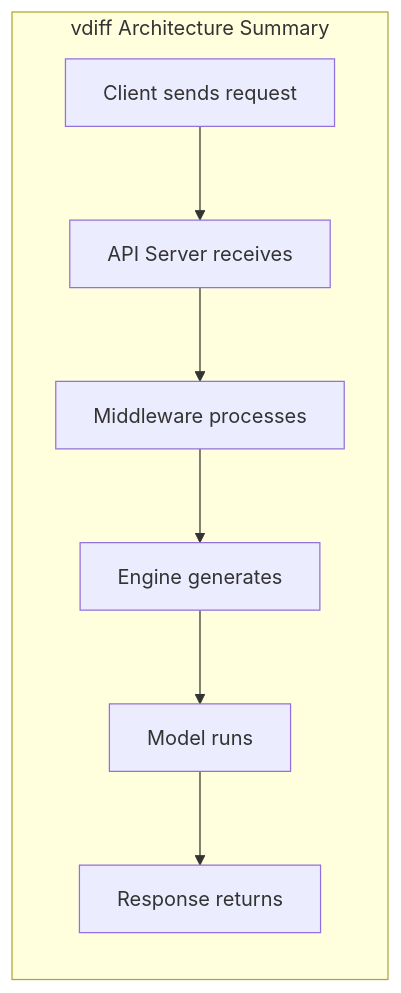
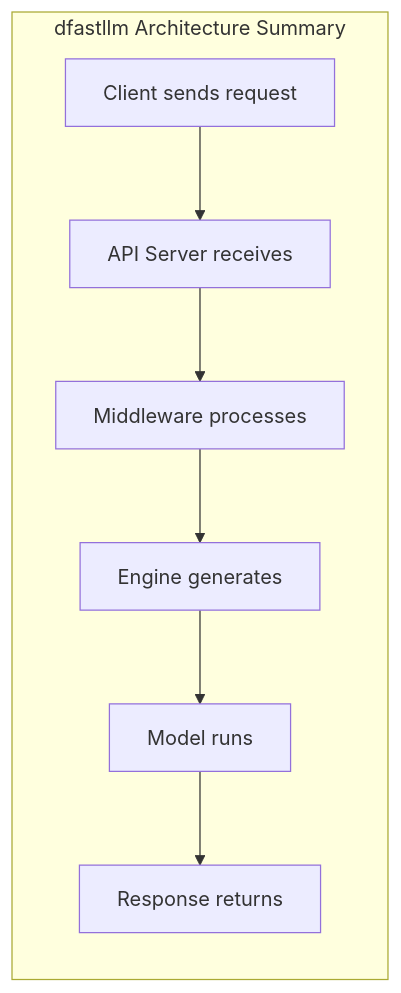
Before and after one commit to mwaykole/vdiff: diagram 16 of 16 in docs/dev-doc/02-architecture.md, drawn with Mermaid. The commit also changed other lines of this file and 53 other files, not shown here.

First line of the commit message:
refactor: Rename all vdiff references to dfastllm

````diff
--- a/docs/dev-doc/02-architecture.md
+++ b/docs/dev-doc/02-architecture.md
@@ -523,13 +523,13 @@
 ```mermaid
 flowchart LR
-    subgraph Summary["vdiff Architecture Summary"]
+    subgraph Summary["dfastllm Architecture Summary"]
         A["Client sends request"]
         B["API Server receives"]
         C["Middleware processes"]
         D["Engine generates"]
         E["Model runs"]
         F["Response returns"]
     end
     
     A --> B --> C --> D --> E --> F
 ```
````
